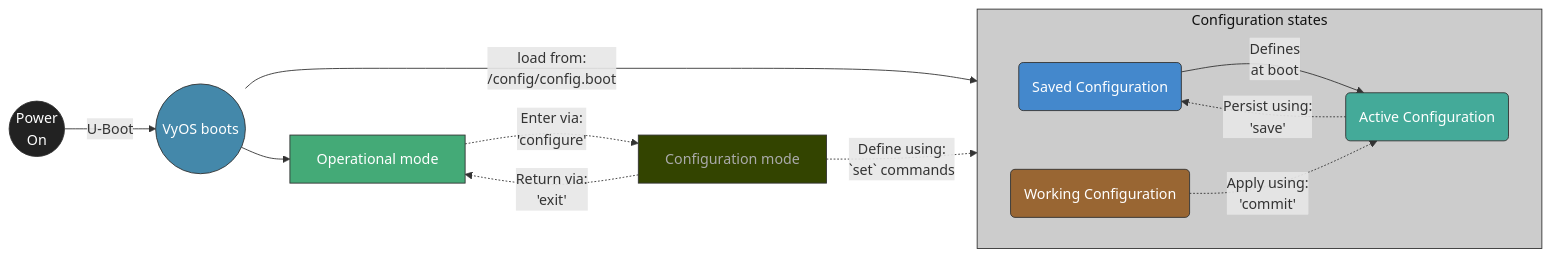
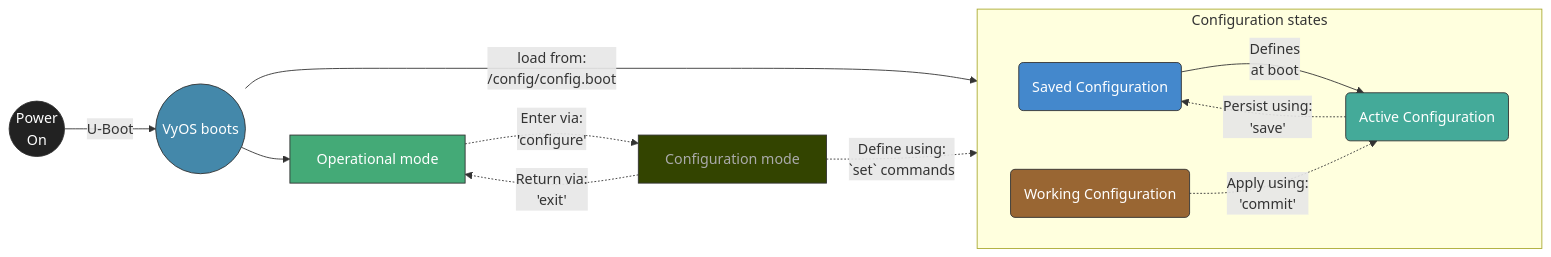
One commit to mihakralj/vyos-ls1046a-build changed the diagram in VYOS-CONFIG.md. Above: the diagram before and after it, drawn with Mermaid.

````diff
--- a/VYOS-CONFIG.md
+++ b/VYOS-CONFIG.md
@@ -20,22 +20,22 @@
 ```mermaid
 flowchart LR
     A((Power<br/>On)) -->|U-Boot| B((VyOS boots)) -->|load from:<br/>/config/config.boot| C -->|Defines<br/>at boot| G
     B --> D
     subgraph H ["Configuration states"]
       direction LR
       C(Saved Configuration)
       F(Working Configuration)
       G(Active Configuration)
     end
     
     D[Operational mode] -.->|Enter via:<br/>'configure'| E[Configuration mode] -.->|Define using:<br/>`set` commands| F -.->|Apply using:<br/>'commit'| G -.->|Persist using:<br/>'save'| C
     E -.->|Return via:<br/>'exit'| D
     style A fill:#222,stroke:#333,color:#fff
     style B fill:#48a,stroke:#333,color:#fff
     style C fill:#48c,stroke:#333,color:#fff
     style D fill:#4a7,stroke:#333,color:#fff
     style E fill:#340,stroke:#333,color:#aaa
     style F fill:#963,stroke:#333,color:#fff
     style G fill:#4a9,stroke:#333,color:#fff
-    style H fill:#ccc,stroke:#333,color:#111   
+ 
 ```
````
